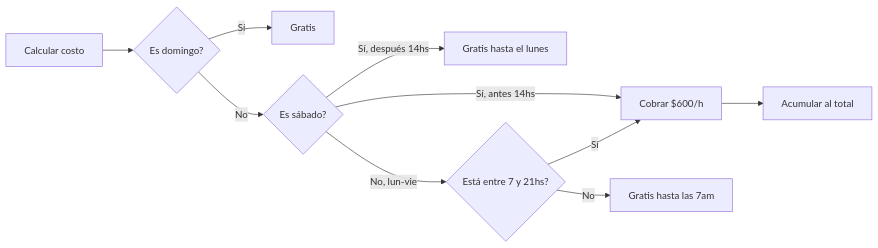
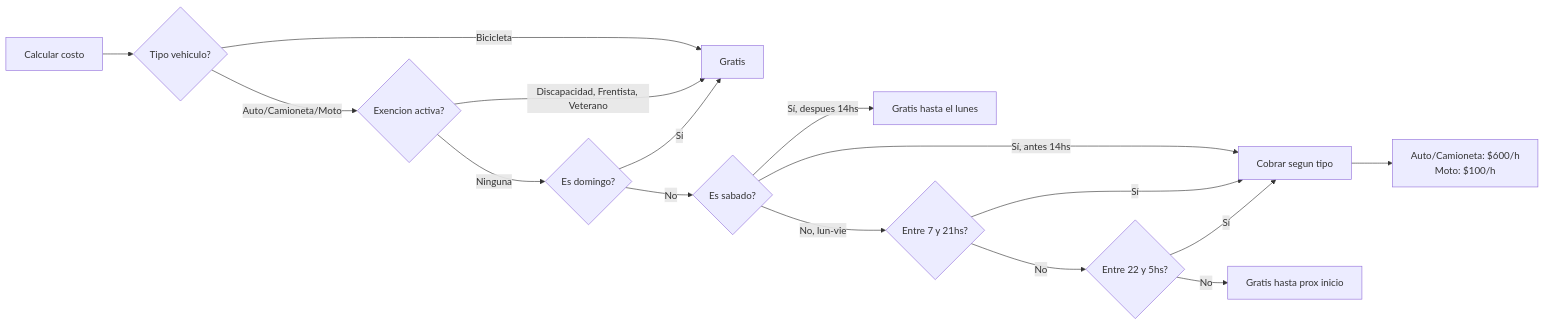
The seventh of 7 diagrams in docs/arquitectura.md (gildoadiaz-tech/estacionamiento-medido), drawn with Mermaid before and after one commit. The commit also changed other lines of this file and 52 other files, not shown here.

````diff
--- a/docs/arquitectura.md
+++ b/docs/arquitectura.md
@@ -219,13 +272,19 @@
 ```mermaid
 flowchart LR
-    A[Calcular costo] --> B{Es domingo?}
-    B -->|Sí| C[Gratis]
-    B -->|No| D{Es sábado?}
-    D -->|Sí, antes 14hs| E[Cobrar $600/h]
-    D -->|Sí, después 14hs| F[Gratis hasta el lunes]
-    D -->|No, lun-vie| G{Está entre 7 y 21hs?}
-    G -->|Sí| E
-    G -->|No| H[Gratis hasta las 7am]
-    
-    E --> I[Acumular al total]
+    A[Calcular costo] --> B{Tipo vehiculo?}
+    B -->|Bicicleta| C[Gratis]
+    B -->|Auto/Camioneta/Moto| D{Exencion activa?}
+    D -->|Discapacidad, Frentista, Veterano| C
+    D -->|Ninguna| E{Es domingo?}
+    E -->|Sí| C
+    E -->|No| F{Es sabado?}
+    F -->|Sí, antes 14hs| G[Cobrar segun tipo]
+    F -->|Sí, despues 14hs| H[Gratis hasta el lunes]
+    F -->|No, lun-vie| I{Entre 7 y 21hs?}
+    I -->|Sí| G
+    I -->|No| J{Entre 22 y 5hs?}
+    J -->|Sí| G
+    J -->|No| K[Gratis hasta prox inicio]
+
+    G --> L[Auto/Camioneta: $600/h<br/>Moto: $100/h]
 ```
````
